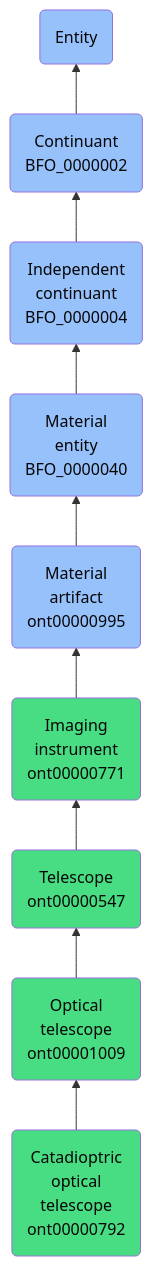
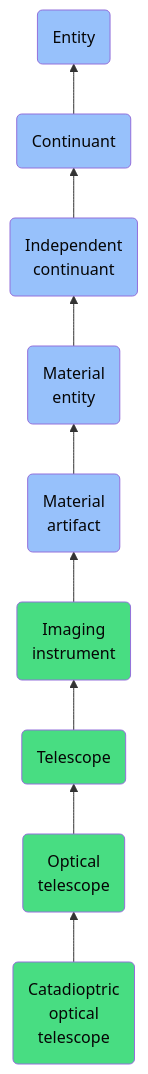
Before and after one commit to jupyter-naas/abi: the diagram in docs/ontology/reference/model/Entity/Continuant/Independent continuant/Material entity/Material artifact/Imaging instrument/Telescope/Optical telescope/Catadioptric optical telescope/Catadioptric optical telescope.md, drawn with Mermaid. The commit also changed other lines of this file and 1430 other files, not shown here.

````diff
--- a/docs/ontology/reference/model/Entity/Continuant/Independent continuant/Material entity/Material artifact/Imaging instrument/Telescope/Optical telescope/Catadioptric optical telescope/Catadioptric optical telescope.md
+++ b/docs/ontology/reference/model/Entity/Continuant/Independent continuant/Material entity/Material artifact/Imaging instrument/Telescope/Optical telescope/Catadioptric optical telescope/Catadioptric optical telescope.md
@@ -24,16 +24,16 @@
 ```mermaid
 graph BT
-    ont00000792(Catadioptric<br>optical<br>telescope<br>ont00000792):::ABI-->ont00001009
-    ont00001009(Optical<br>telescope<br>ont00001009):::ABI-->ont00000547
-    ont00000547(Telescope<br>ont00000547):::ABI-->ont00000771
-    ont00000771(Imaging<br>instrument<br>ont00000771):::ABI-->ont00000995
-    ont00000995(Material<br>artifact<br>ont00000995):::BFO-->BFO_0000040
-    BFO_0000040(Material<br>entity<br>BFO_0000040):::BFO-->BFO_0000004
-    BFO_0000004(Independent<br>continuant<br>BFO_0000004):::BFO-->BFO_0000002
-    BFO_0000002(Continuant<br>BFO_0000002):::BFO-->BFO_0000001
+    ont00000792(Catadioptric<br>optical<br>telescope):::ABI-->ont00001009
+    ont00001009(Optical<br>telescope):::ABI-->ont00000547
+    ont00000547(Telescope):::ABI-->ont00000771
+    ont00000771(Imaging<br>instrument):::ABI-->ont00000995
+    ont00000995(Material<br>artifact):::BFO-->BFO_0000040
+    BFO_0000040(Material<br>entity):::BFO-->BFO_0000004
+    BFO_0000004(Independent<br>continuant):::BFO-->BFO_0000002
+    BFO_0000002(Continuant):::BFO-->BFO_0000001
     BFO_0000001(Entity):::BFO
     
     classDef BFO fill:#97c1fb,color:#060606
     classDef CCO fill:#e4c51e,color:#060606
     classDef ABI fill:#48DD82,color:#060606
 ```
````
